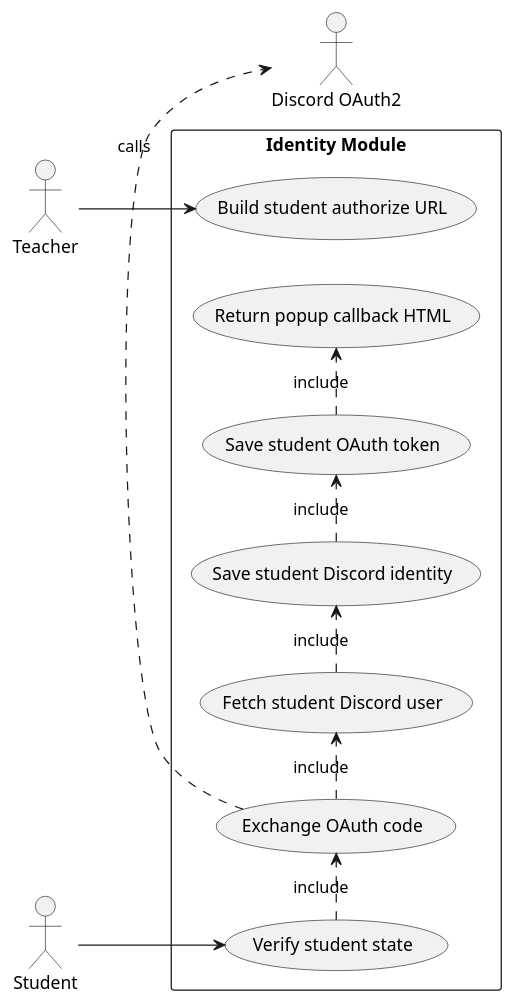
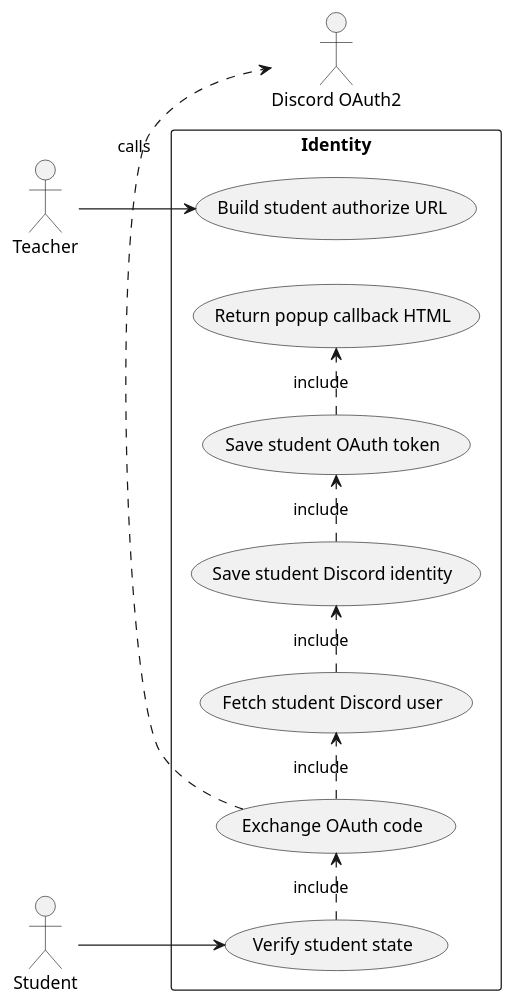
The diagram in uml/usecase/student-discord-authorization.puml (owlx206/tms-monorepo), drawn with PlantUML before and after one commit. The commit also changed 234 other files, not shown here.

```diff
--- a/uml/usecase/student-discord-authorization.puml
+++ b/uml/usecase/student-discord-authorization.puml
@@ -1,23 +1,23 @@
 @startuml
 left to right direction
 actor "Teacher" as Teacher
 actor "Student" as Student
 actor "Discord OAuth2" as OAuth
-rectangle "Identity Module" {
+rectangle "Identity" {
   usecase "Build student authorize URL" as UC1
   usecase "Verify student state" as UC2
   usecase "Exchange OAuth code" as UC3
   usecase "Fetch student Discord user" as UC4
   usecase "Save student Discord identity" as UC5
   usecase "Save student OAuth token" as UC6
   usecase "Return popup callback HTML" as UC7
 }
 Teacher --> UC1
 Student --> UC2
 UC2 .> UC3 : include
 UC3 .> OAuth : calls
 UC3 .> UC4 : include
 UC4 .> UC5 : include
 UC5 .> UC6 : include
 UC6 .> UC7 : include
 @enduml
```
